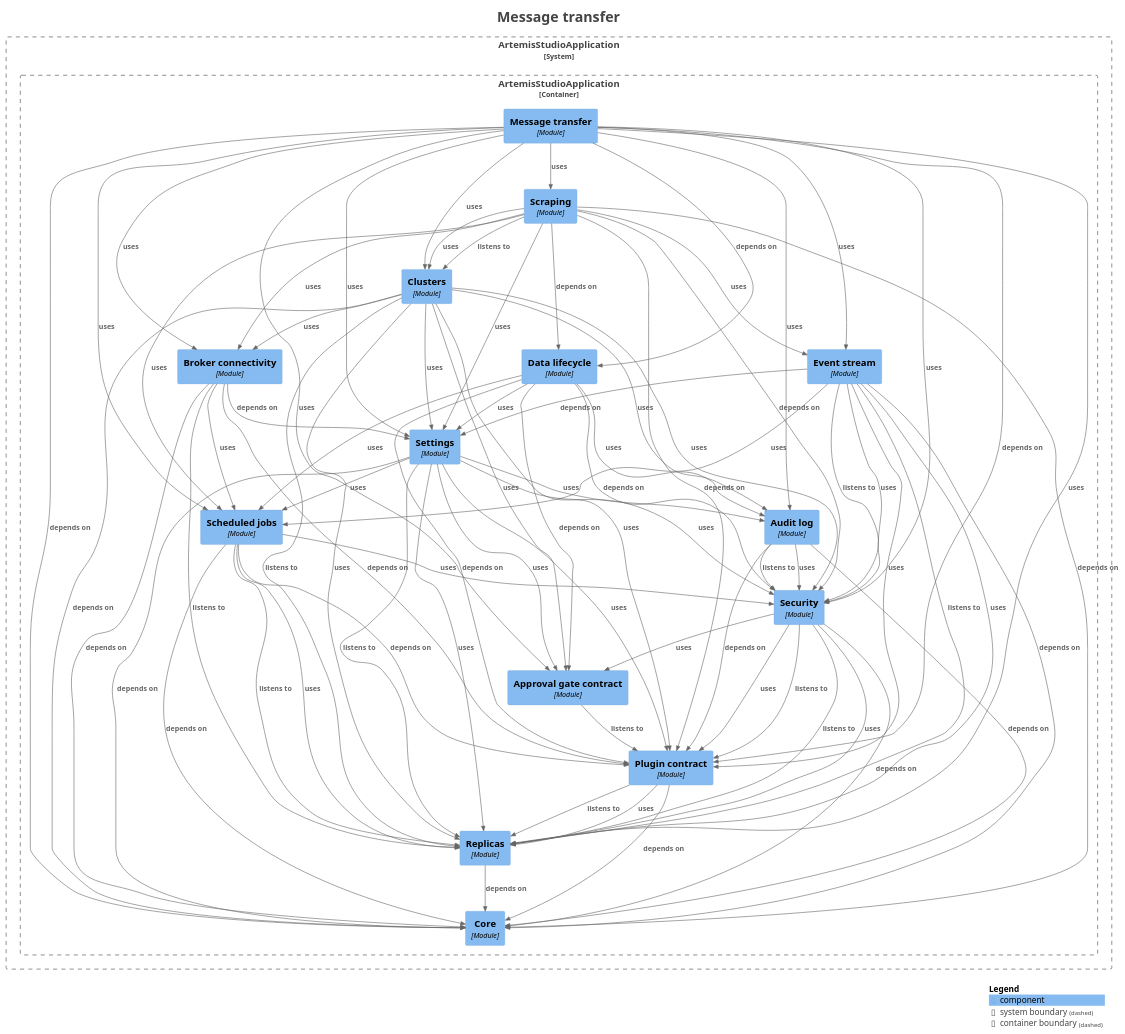
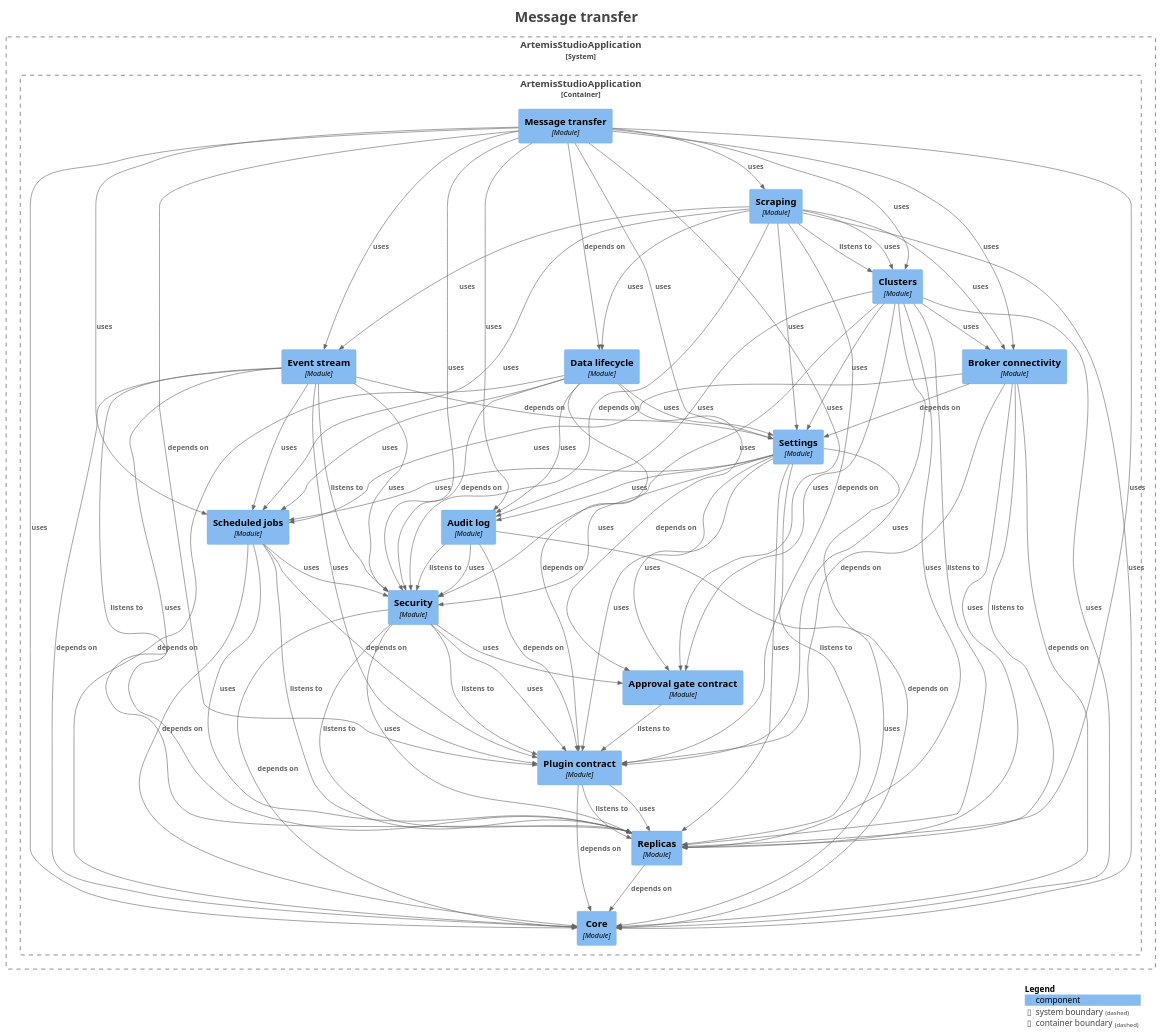
The diagram in docs/modules/module-feature.transfer.puml (sudoitir/artemis-studio), drawn with PlantUML before and after one commit. The commit also changed 498 other files, not shown here.

```diff
--- a/docs/modules/module-feature.transfer.puml
+++ b/docs/modules/module-feature.transfer.puml
@@ -36,19 +36,20 @@
 }
 
 Rel(ArtemisStudioApplication.ArtemisStudioApplication.Approvalgatecontract, ArtemisStudioApplication.ArtemisStudioApplication.Plugincontract, "listens to", $techn="", $tags="", $link="")
-Rel(ArtemisStudioApplication.ArtemisStudioApplication.Auditlog, ArtemisStudioApplication.ArtemisStudioApplication.Core, "depends on", $techn="", $tags="", $link="")
+Rel(ArtemisStudioApplication.ArtemisStudioApplication.Auditlog, ArtemisStudioApplication.ArtemisStudioApplication.Core, "uses", $techn="", $tags="", $link="")
 Rel(ArtemisStudioApplication.ArtemisStudioApplication.Auditlog, ArtemisStudioApplication.ArtemisStudioApplication.Plugincontract, "depends on", $techn="", $tags="", $link="")
 Rel(ArtemisStudioApplication.ArtemisStudioApplication.Auditlog, ArtemisStudioApplication.ArtemisStudioApplication.Security, "listens to", $techn="", $tags="", $link="")
 Rel(ArtemisStudioApplication.ArtemisStudioApplication.Auditlog, ArtemisStudioApplication.ArtemisStudioApplication.Security, "uses", $techn="", $tags="", $link="")
 Rel(ArtemisStudioApplication.ArtemisStudioApplication.Brokerconnectivity, ArtemisStudioApplication.ArtemisStudioApplication.Core, "depends on", $techn="", $tags="", $link="")
 Rel(ArtemisStudioApplication.ArtemisStudioApplication.Brokerconnectivity, ArtemisStudioApplication.ArtemisStudioApplication.Plugincontract, "depends on", $techn="", $tags="", $link="")
 Rel(ArtemisStudioApplication.ArtemisStudioApplication.Brokerconnectivity, ArtemisStudioApplication.ArtemisStudioApplication.Replicas, "listens to", $techn="", $tags="", $link="")
+Rel(ArtemisStudioApplication.ArtemisStudioApplication.Brokerconnectivity, ArtemisStudioApplication.ArtemisStudioApplication.Replicas, "uses", $techn="", $tags="", $link="")
 Rel(ArtemisStudioApplication.ArtemisStudioApplication.Brokerconnectivity, ArtemisStudioApplication.ArtemisStudioApplication.Scheduledjobs, "uses", $techn="", $tags="", $link="")
 Rel(ArtemisStudioApplication.ArtemisStudioApplication.Brokerconnectivity, ArtemisStudioApplication.ArtemisStudioApplication.Settings, "depends on", $techn="", $tags="", $link="")
 Rel(ArtemisStudioApplication.ArtemisStudioApplication.Clusters, ArtemisStudioApplication.ArtemisStudioApplication.Approvalgatecontract, "uses", $techn="", $tags="", $link="")
 Rel(ArtemisStudioApplication.ArtemisStudioApplication.Clusters, ArtemisStudioApplication.ArtemisStudioApplication.Auditlog, "uses", $techn="", $tags="", $link="")
 Rel(ArtemisStudioApplication.ArtemisStudioApplication.Clusters, ArtemisStudioApplication.ArtemisStudioApplication.Brokerconnectivity, "uses", $techn="", $tags="", $link="")
-Rel(ArtemisStudioApplication.ArtemisStudioApplication.Clusters, ArtemisStudioApplication.ArtemisStudioApplication.Core, "depends on", $techn="", $tags="", $link="")
+Rel(ArtemisStudioApplication.ArtemisStudioApplication.Clusters, ArtemisStudioApplication.ArtemisStudioApplication.Core, "uses", $techn="", $tags="", $link="")
 Rel(ArtemisStudioApplication.ArtemisStudioApplication.Clusters, ArtemisStudioApplication.ArtemisStudioApplication.Plugincontract, "uses", $techn="", $tags="", $link="")
 Rel(ArtemisStudioApplication.ArtemisStudioApplication.Clusters, ArtemisStudioApplication.ArtemisStudioApplication.Replicas, "listens to", $techn="", $tags="", $link="")
 Rel(ArtemisStudioApplication.ArtemisStudioApplication.Clusters, ArtemisStudioApplication.ArtemisStudioApplication.Replicas, "uses", $techn="", $tags="", $link="")
@@ -56,6 +57,7 @@
 Rel(ArtemisStudioApplication.ArtemisStudioApplication.Clusters, ArtemisStudioApplication.ArtemisStudioApplication.Settings, "uses", $techn="", $tags="", $link="")
 Rel(ArtemisStudioApplication.ArtemisStudioApplication.Datalifecycle, ArtemisStudioApplication.ArtemisStudioApplication.Approvalgatecontract, "depends on", $techn="", $tags="", $link="")
 Rel(ArtemisStudioApplication.ArtemisStudioApplication.Datalifecycle, ArtemisStudioApplication.ArtemisStudioApplication.Auditlog, "uses", $techn="", $tags="", $link="")
+Rel(ArtemisStudioApplication.ArtemisStudioApplication.Datalifecycle, ArtemisStudioApplication.ArtemisStudioApplication.Core, "depends on", $techn="", $tags="", $link="")
 Rel(ArtemisStudioApplication.ArtemisStudioApplication.Datalifecycle, ArtemisStudioApplication.ArtemisStudioApplication.Plugincontract, "depends on", $techn="", $tags="", $link="")
 Rel(ArtemisStudioApplication.ArtemisStudioApplication.Datalifecycle, ArtemisStudioApplication.ArtemisStudioApplication.Scheduledjobs, "uses", $techn="", $tags="", $link="")
 Rel(ArtemisStudioApplication.ArtemisStudioApplication.Datalifecycle, ArtemisStudioApplication.ArtemisStudioApplication.Security, "depends on", $techn="", $tags="", $link="")
@@ -72,7 +74,7 @@
 Rel(ArtemisStudioApplication.ArtemisStudioApplication.Messagetransfer, ArtemisStudioApplication.ArtemisStudioApplication.Auditlog, "uses", $techn="", $tags="", $link="")
 Rel(ArtemisStudioApplication.ArtemisStudioApplication.Messagetransfer, ArtemisStudioApplication.ArtemisStudioApplication.Brokerconnectivity, "uses", $techn="", $tags="", $link="")
 Rel(ArtemisStudioApplication.ArtemisStudioApplication.Messagetransfer, ArtemisStudioApplication.ArtemisStudioApplication.Clusters, "uses", $techn="", $tags="", $link="")
-Rel(ArtemisStudioApplication.ArtemisStudioApplication.Messagetransfer, ArtemisStudioApplication.ArtemisStudioApplication.Core, "depends on", $techn="", $tags="", $link="")
+Rel(ArtemisStudioApplication.ArtemisStudioApplication.Messagetransfer, ArtemisStudioApplication.ArtemisStudioApplication.Core, "uses", $techn="", $tags="", $link="")
 Rel(ArtemisStudioApplication.ArtemisStudioApplication.Messagetransfer, ArtemisStudioApplication.ArtemisStudioApplication.Datalifecycle, "depends on", $techn="", $tags="", $link="")
 Rel(ArtemisStudioApplication.ArtemisStudioApplication.Messagetransfer, ArtemisStudioApplication.ArtemisStudioApplication.Eventstream, "uses", $techn="", $tags="", $link="")
 Rel(ArtemisStudioApplication.ArtemisStudioApplication.Messagetransfer, ArtemisStudioApplication.ArtemisStudioApplication.Plugincontract, "depends on", $techn="", $tags="", $link="")
@@ -93,8 +95,8 @@
 Rel(ArtemisStudioApplication.ArtemisStudioApplication.Scraping, ArtemisStudioApplication.ArtemisStudioApplication.Brokerconnectivity, "uses", $techn="", $tags="", $link="")
 Rel(ArtemisStudioApplication.ArtemisStudioApplication.Scraping, ArtemisStudioApplication.ArtemisStudioApplication.Clusters, "listens to", $techn="", $tags="", $link="")
 Rel(ArtemisStudioApplication.ArtemisStudioApplication.Scraping, ArtemisStudioApplication.ArtemisStudioApplication.Clusters, "uses", $techn="", $tags="", $link="")
-Rel(ArtemisStudioApplication.ArtemisStudioApplication.Scraping, ArtemisStudioApplication.ArtemisStudioApplication.Core, "depends on", $techn="", $tags="", $link="")
-Rel(ArtemisStudioApplication.ArtemisStudioApplication.Scraping, ArtemisStudioApplication.ArtemisStudioApplication.Datalifecycle, "depends on", $techn="", $tags="", $link="")
+Rel(ArtemisStudioApplication.ArtemisStudioApplication.Scraping, ArtemisStudioApplication.ArtemisStudioApplication.Core, "uses", $techn="", $tags="", $link="")
+Rel(ArtemisStudioApplication.ArtemisStudioApplication.Scraping, ArtemisStudioApplication.ArtemisStudioApplication.Datalifecycle, "uses", $techn="", $tags="", $link="")
 Rel(ArtemisStudioApplication.ArtemisStudioApplication.Scraping, ArtemisStudioApplication.ArtemisStudioApplication.Eventstream, "uses", $techn="", $tags="", $link="")
 Rel(ArtemisStudioApplication.ArtemisStudioApplication.Scraping, ArtemisStudioApplication.ArtemisStudioApplication.Plugincontract, "depends on", $techn="", $tags="", $link="")
 Rel(ArtemisStudioApplication.ArtemisStudioApplication.Scraping, ArtemisStudioApplication.ArtemisStudioApplication.Scheduledjobs, "uses", $techn="", $tags="", $link="")
```
